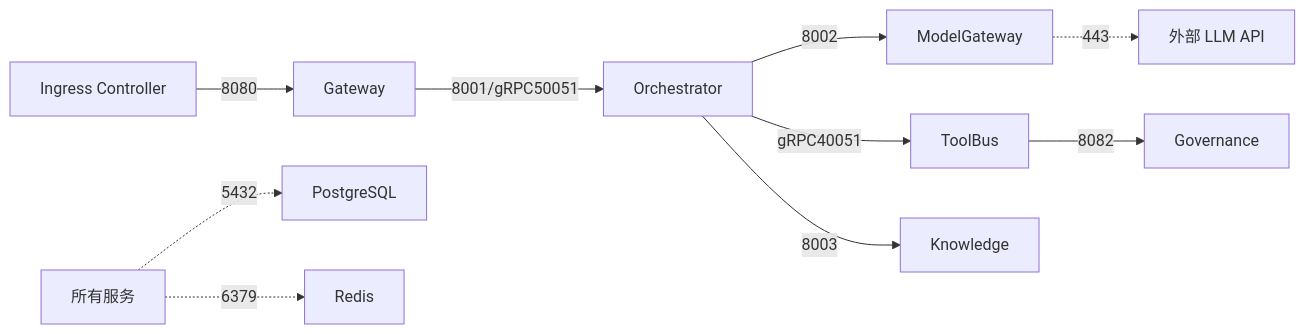
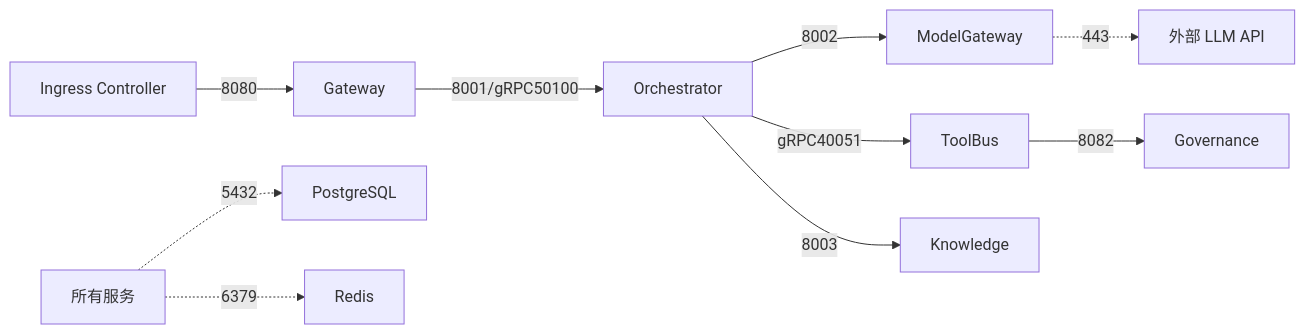
The fifth of 8 diagrams in docs/10-p0-critical-fixes.md (jonykchen/agent-platform), drawn with Mermaid before and after one commit. The commit also changed other lines of this file and 53 other files, not shown here.

````diff
--- a/docs/10-p0-critical-fixes.md
+++ b/docs/10-p0-critical-fixes.md
@@ -1334,12 +1334,12 @@
 ```mermaid
 flowchart LR
     Ingress[Ingress Controller] -->|8080| Gateway
-    Gateway -->|8001/gRPC50051| Orchestrator
+    Gateway -->|8001/gRPC50100| Orchestrator
     Orchestrator -->|8002| ModelGateway
     Orchestrator -->|gRPC40051| ToolBus
     Orchestrator -->|8003| Knowledge
     ToolBus -->|8082| Governance
     ModelGateway -.->|443| External[外部 LLM API]
     All[所有服务] -.->|5432| PostgreSQL
     All -.->|6379| Redis
 ```
````
